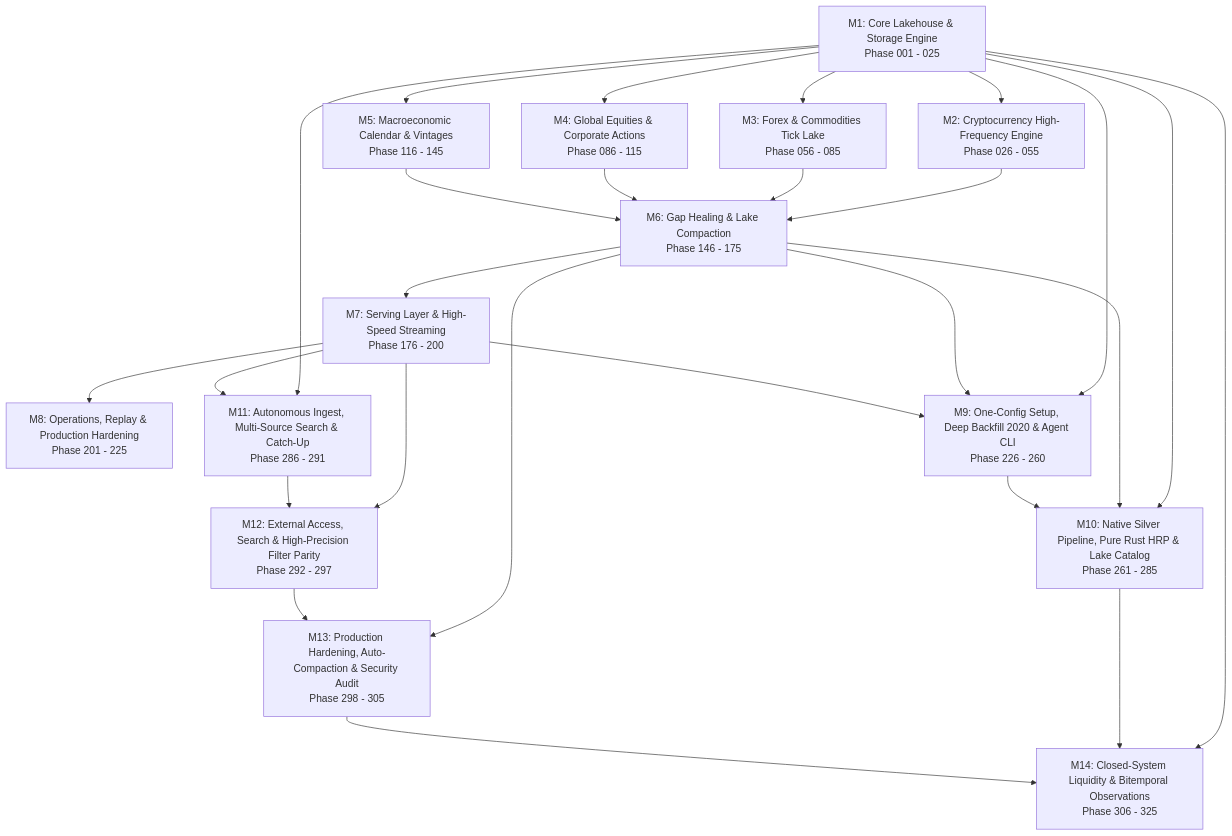
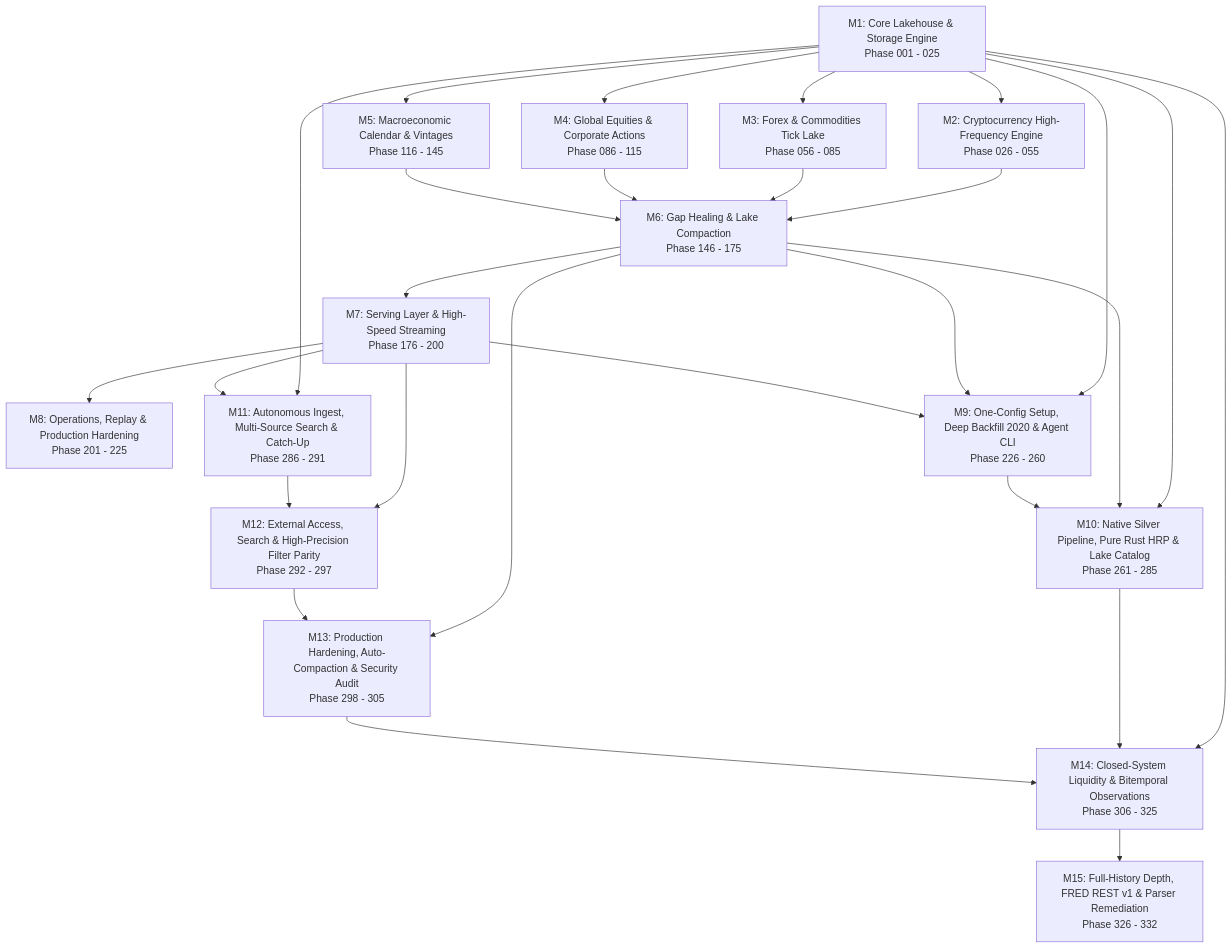
One commit to ihkaru/economy-aggregator changed the diagram in docs/roadmap/ROADMAP.md. Above: the diagram before and after it, drawn with Mermaid. The commit also changed other lines of this file and 15 other files, not shown here.

Commit message:
feat(m15): add official FRED REST v1 connector, fix OCC CSV/FINRA XLSX/CoinMetrics/Treasury pagination & 10y Yahoo backfill

````diff
--- a/docs/roadmap/ROADMAP.md
+++ b/docs/roadmap/ROADMAP.md
@@ -13,16 +13,17 @@
 ```mermaid
 flowchart TD
     M1[M1: Core Lakehouse & Storage Engine<br/>Phase 001 - 025] --> M2[M2: Cryptocurrency High-Frequency Engine<br/>Phase 026 - 055]
     M1 --> M3[M3: Forex & Commodities Tick Lake<br/>Phase 056 - 085]
     M1 --> M4[M4: Global Equities & Corporate Actions<br/>Phase 086 - 115]
     M1 --> M5[M5: Macroeconomic Calendar & Vintages<br/>Phase 116 - 145]
     M2 & M3 & M4 & M5 --> M6[M6: Gap Healing & Lake Compaction<br/>Phase 146 - 175]
     M6 --> M7[M7: Serving Layer & High-Speed Streaming<br/>Phase 176 - 200]
     M7 --> M8[M8: Operations, Replay & Production Hardening<br/>Phase 201 - 225]
     M1 & M6 & M7 --> M9[M9: One-Config Setup, Deep Backfill 2020 & Agent CLI<br/>Phase 226 - 260]
     M1 & M6 & M9 --> M10[M10: Native Silver Pipeline, Pure Rust HRP & Lake Catalog<br/>Phase 261 - 285]
     M1 & M7 --> M11[M11: Autonomous Ingest, Multi-Source Search & Catch-Up<br/>Phase 286 - 291]
     M7 & M11 --> M12[M12: External Access, Search & High-Precision Filter Parity<br/>Phase 292 - 297]
     M6 & M12 --> M13[M13: Production Hardening, Auto-Compaction & Security Audit<br/>Phase 298 - 305]
     M1 & M10 & M13 --> M14[M14: Closed-System Liquidity & Bitemporal Observations<br/>Phase 306 - 325]
+    M14 --> M15[M15: Full-History Depth, FRED REST v1 & Parser Remediation<br/>Phase 326 - 332]
 ```
````
